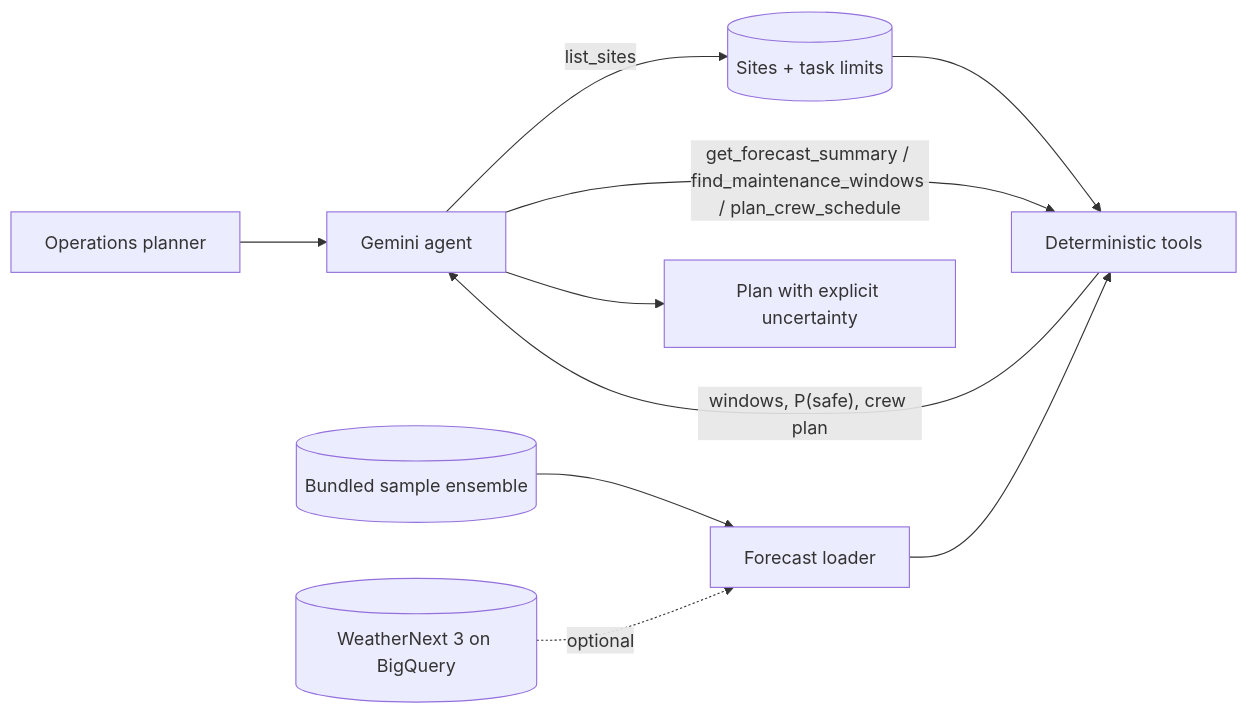
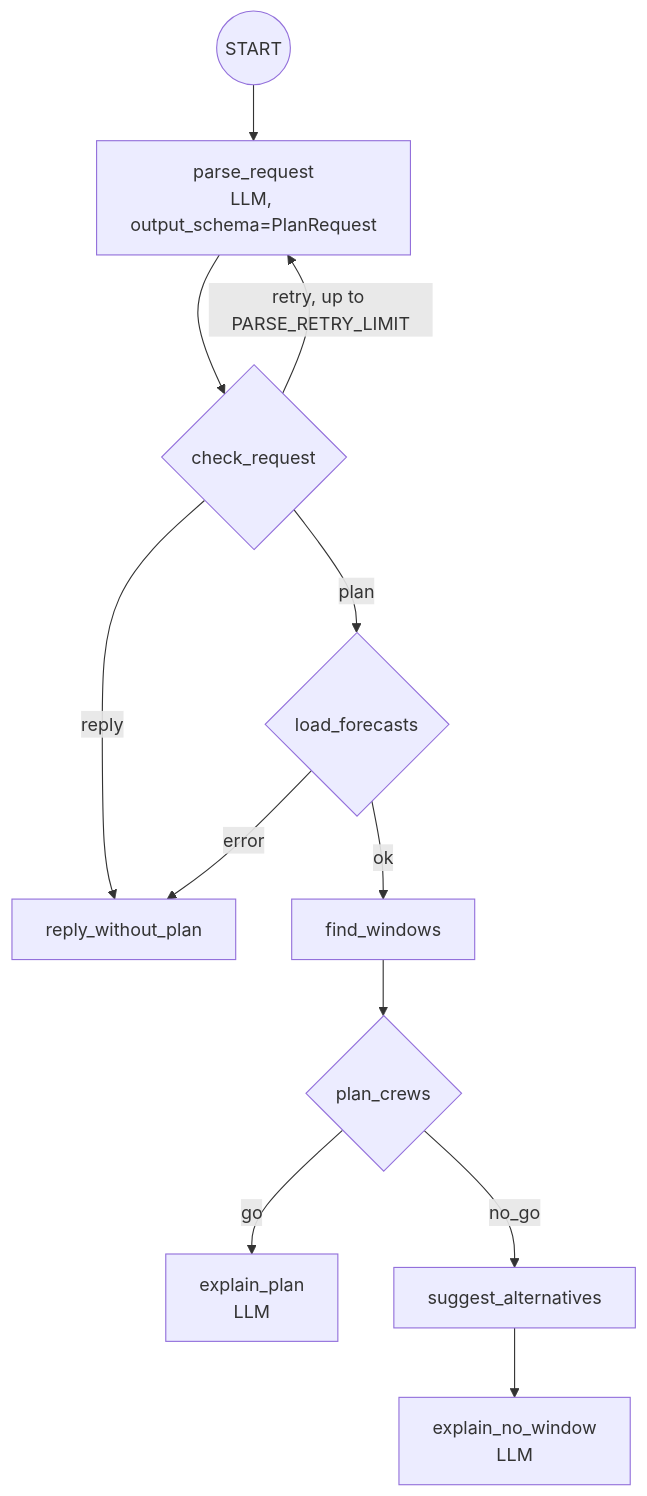
The diagram in contrib/python/weathernext-forecast-agent/README.md (google/adk-samples), drawn with Mermaid before and after one commit. The commit also changed other lines of this file and 8 other files, not shown here.

First line of the commit message:
Rebuild weathernext-forecast-agent as an ADK 2.0 graph workflow

````diff
--- a/contrib/python/weathernext-forecast-agent/README.md
+++ b/contrib/python/weathernext-forecast-agent/README.md
@@ -30,12 +25,14 @@
 ```mermaid
-flowchart LR
-    U[Operations planner] --> A[Gemini agent]
-    A -- list_sites --> C[(Sites + task limits)]
-    A -- get_forecast_summary / find_maintenance_windows / plan_crew_schedule --> T[Deterministic tools]
-    S[(Bundled sample ensemble)] --> L[Forecast loader]
-    B[(WeatherNext 3 on BigQuery)] -.optional.-> L
-    L --> T
-    C --> T
-    T -- windows, P(safe), crew plan --> A
-    A --> R[Plan with explicit uncertainty]
+flowchart TD
+    START((START)) --> P["parse_request<br/>LLM, output_schema=PlanRequest"]
+    P --> C{check_request}
+    C -- retry, up to PARSE_RETRY_LIMIT --> P
+    C -- reply --> H[reply_without_plan]
+    C -- plan --> L{load_forecasts}
+    L -- error --> H
+    L -- ok --> F[find_windows]
+    F --> PC{plan_crews}
+    PC -- go --> E1["explain_plan<br/>LLM"]
+    PC -- no_go --> A[suggest_alternatives]
+    A --> E2["explain_no_window<br/>LLM"]
 ```
````
